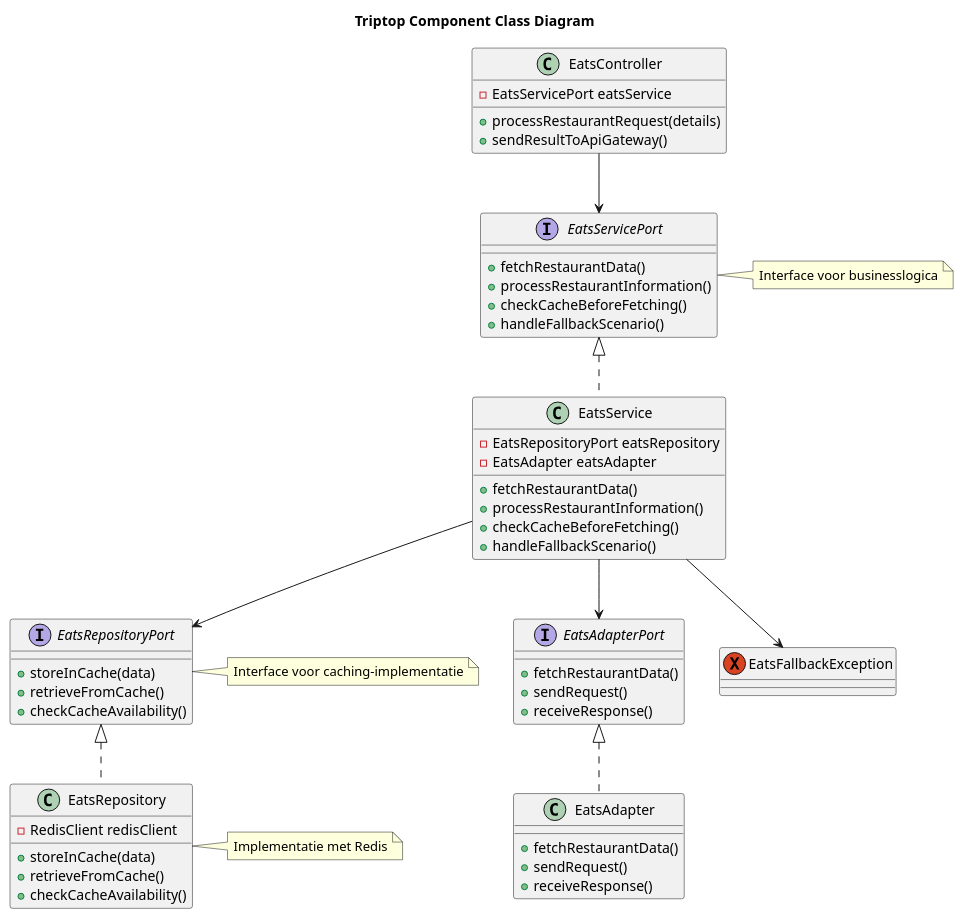
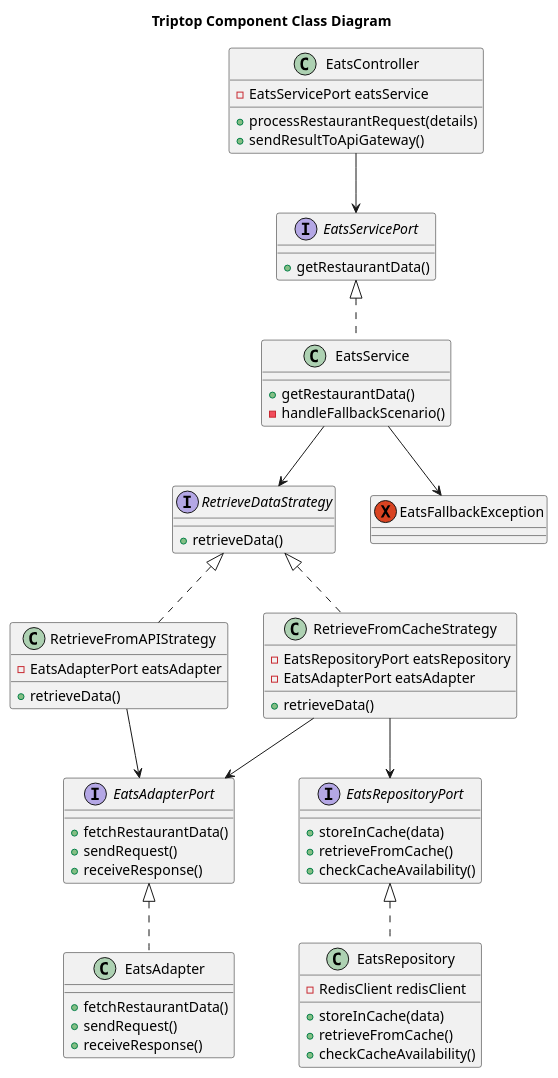
The diagram in voorbereidingen/week2-les3/code-diagram-atakan.puml (AIM-ENE-feb25/triptop-beca), drawn with PlantUML before and after one commit. The commit also changed 6 other files, not shown here.

```diff
--- a/voorbereidingen/week2-les3/code-diagram-atakan.puml
+++ b/voorbereidingen/week2-les3/code-diagram-atakan.puml
@@ -1,72 +1,70 @@
 @startuml
 
 title Triptop Component Class Diagram
 
 interface EatsServicePort {
-  + fetchRestaurantData()
-  + processRestaurantInformation()
-  + checkCacheBeforeFetching()
-  + handleFallbackScenario()
+  + getRestaurantData()
 }
 
 interface EatsAdapterPort {
   + fetchRestaurantData()
   + sendRequest()
   + receiveResponse()
 }
 
+interface RetrieveDataStrategy {
+   + retrieveData()
+}
+
+class RetrieveFromCacheStrategy implements RetrieveDataStrategy {
+    - EatsRepositoryPort eatsRepository
+    - EatsAdapterPort eatsAdapter
+    + retrieveData()
+}
+
+class RetrieveFromAPIStrategy implements RetrieveDataStrategy {
+    - EatsAdapterPort eatsAdapter
+    + retrieveData()
+}
+
 class EatsService implements EatsServicePort {
-  - EatsRepositoryPort eatsRepository
-  - EatsAdapter eatsAdapter
-  + fetchRestaurantData()
-  + processRestaurantInformation()
-  + checkCacheBeforeFetching()
-  + handleFallbackScenario()
+  + getRestaurantData()
+  - handleFallbackScenario()
 }
 
 interface EatsRepositoryPort {
   + storeInCache(data)
   + retrieveFromCache()
   + checkCacheAvailability()
 }
 
 class EatsRepository implements EatsRepositoryPort {
   - RedisClient redisClient
   + storeInCache(data)
   + retrieveFromCache()
   + checkCacheAvailability()
 }
 
 class EatsAdapter implements EatsAdapterPort {
   + fetchRestaurantData()
   + sendRequest()
   + receiveResponse()
 }
 
 class EatsController {
   - EatsServicePort eatsService
   + processRestaurantRequest(details)
   + sendResultToApiGateway()
 }
 
 Exception EatsFallbackException {
 }
 
 EatsController --> EatsServicePort
-EatsService --> EatsRepositoryPort
-EatsService --> EatsAdapterPort
+EatsService --> RetrieveDataStrategy
 EatsService --> EatsFallbackException
-
-note right of EatsServicePort
-  Interface voor businesslogica
-end note
-
-note right of EatsRepositoryPort
-  Interface voor caching-implementatie
-end note
-
-note right of EatsRepository
-  Implementatie met Redis
-end note
+RetrieveFromCacheStrategy --> EatsRepositoryPort
+RetrieveFromCacheStrategy --> EatsAdapterPort
+RetrieveFromAPIStrategy --> EatsAdapterPort
 
 @enduml
```
